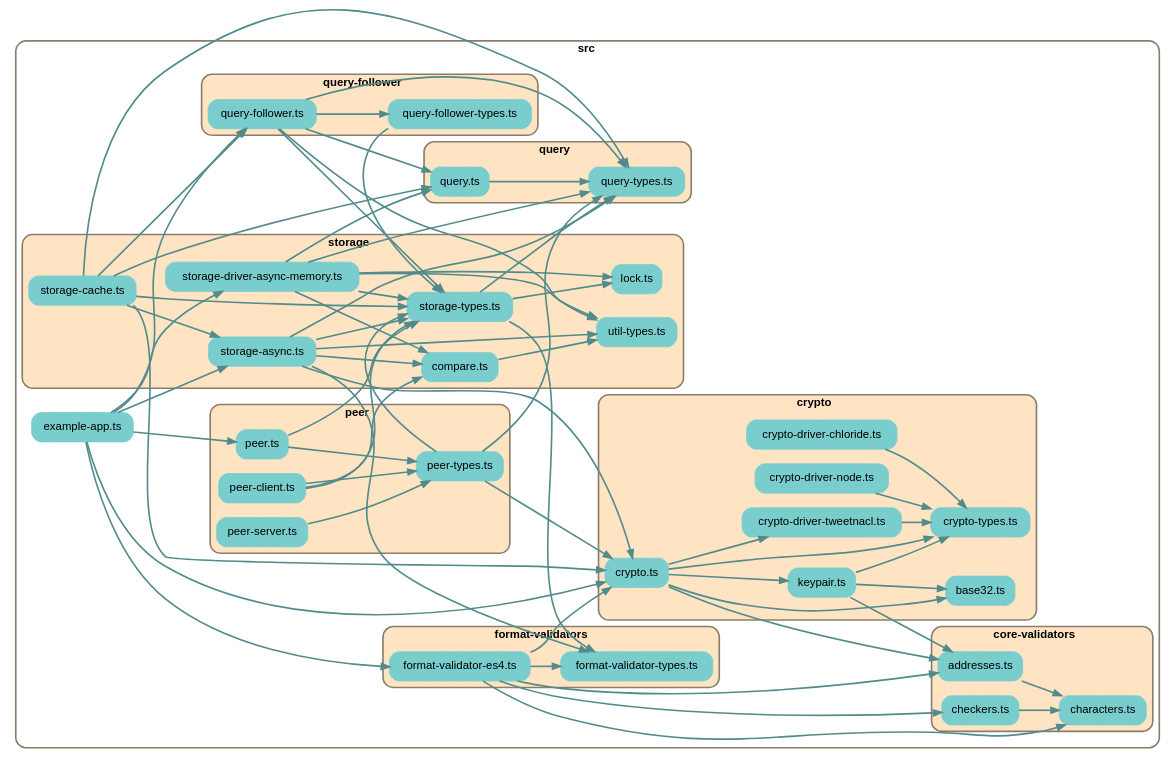
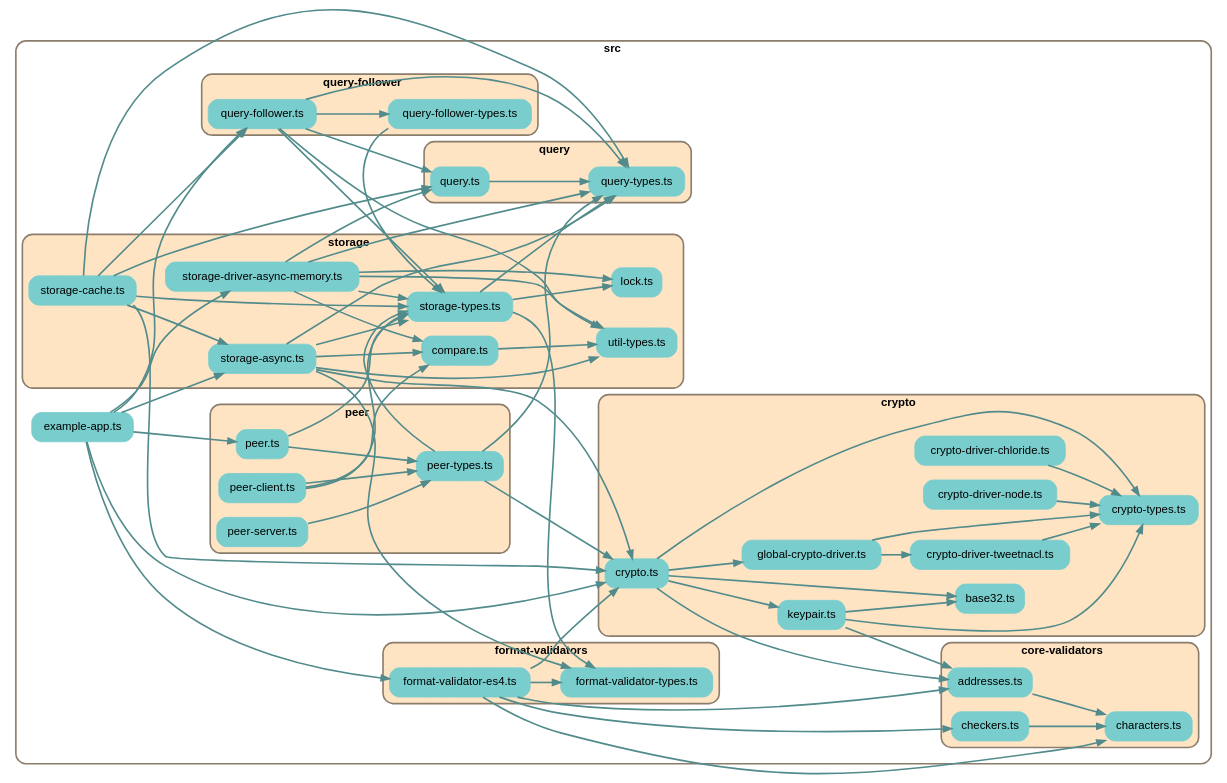
Before and after one commit to earthstar-project/earthstar: the diagram in depchart/depchart-main.dot, drawn with Graphviz. The commit also changed 11 other files, not shown here.

```diff
--- a/depchart/depchart-main.dot
+++ b/depchart/depchart-main.dot
@@ -1,178 +1,181 @@
 
 digraph G {
     //splines=line;
     //splines=polyline;
     splines=true;
     rankdir=LR;
     //newrank=true;
     compound=true;
     graph [fontname = "helvetica"];  // dpi=72
     node [fontname = "helvetica"];
     edge [fontname = "helvetica"];
     
     // files in their folder clusters
 
-    subgraph cluster3298667449 {
+    subgraph cluster7670934790 {
         label=<<b>src</b>>;
         style="rounded";
         color=bisque4;
         penwidth=2;
                     
         "src/example-app.ts" [label="example-app.ts", shape=rectangle; style="rounded,filled"; color=darkslategray3];
 
-        subgraph cluster2074483749 {
+        subgraph cluster2418050577 {
             label=<<b>core-validators</b>>;
             style="rounded,filled";
             fillcolor=bisque;
             color=bisque4;
             penwidth=2;
                     
             "src/core-validators/addresses.ts" [label="addresses.ts", shape=rectangle; style="rounded,filled"; color=darkslategray3];
             "src/core-validators/characters.ts" [label="characters.ts", shape=rectangle; style="rounded,filled"; color=darkslategray3];
             "src/core-validators/checkers.ts" [label="checkers.ts", shape=rectangle; style="rounded,filled"; color=darkslategray3];
         }
 
-        subgraph cluster7534018315 {
+        subgraph cluster2574691438 {
             label=<<b>crypto</b>>;
             style="rounded,filled";
             fillcolor=bisque;
             color=bisque4;
             penwidth=2;
                     
             "src/crypto/base32.ts" [label="base32.ts", shape=rectangle; style="rounded,filled"; color=darkslategray3];
             "src/crypto/crypto-driver-chloride.ts" [label="crypto-driver-chloride.ts", shape=rectangle; style="rounded,filled"; color=darkslategray3];
             "src/crypto/crypto-driver-node.ts" [label="crypto-driver-node.ts", shape=rectangle; style="rounded,filled"; color=darkslategray3];
             "src/crypto/crypto-driver-tweetnacl.ts" [label="crypto-driver-tweetnacl.ts", shape=rectangle; style="rounded,filled"; color=darkslategray3];
             "src/crypto/crypto-types.ts" [label="crypto-types.ts", shape=rectangle; style="rounded,filled"; color=darkslategray3];
             "src/crypto/crypto.ts" [label="crypto.ts", shape=rectangle; style="rounded,filled"; color=darkslategray3];
+            "src/crypto/global-crypto-driver.ts" [label="global-crypto-driver.ts", shape=rectangle; style="rounded,filled"; color=darkslategray3];
             "src/crypto/keypair.ts" [label="keypair.ts", shape=rectangle; style="rounded,filled"; color=darkslategray3];
         }
 
-        subgraph cluster9431046268 {
+        subgraph cluster3121123555 {
             label=<<b>format-validators</b>>;
             style="rounded,filled";
             fillcolor=bisque;
             color=bisque4;
             penwidth=2;
                     
             "src/format-validators/format-validator-es4.ts" [label="format-validator-es4.ts", shape=rectangle; style="rounded,filled"; color=darkslategray3];
             "src/format-validators/format-validator-types.ts" [label="format-validator-types.ts", shape=rectangle; style="rounded,filled"; color=darkslategray3];
         }
 
-        subgraph cluster1951982976 {
+        subgraph cluster7879346346 {
             label=<<b>peer</b>>;
             style="rounded,filled";
             fillcolor=bisque;
             color=bisque4;
             penwidth=2;
                     
             "src/peer/peer-client.ts" [label="peer-client.ts", shape=rectangle; style="rounded,filled"; color=darkslategray3];
             "src/peer/peer-server.ts" [label="peer-server.ts", shape=rectangle; style="rounded,filled"; color=darkslategray3];
             "src/peer/peer-types.ts" [label="peer-types.ts", shape=rectangle; style="rounded,filled"; color=darkslategray3];
             "src/peer/peer.ts" [label="peer.ts", shape=rectangle; style="rounded,filled"; color=darkslategray3];
         }
 
-        subgraph cluster4129539323 {
+        subgraph cluster3885605209 {
             label=<<b>query-follower</b>>;
             style="rounded,filled";
             fillcolor=bisque;
             color=bisque4;
             penwidth=2;
                     
             "src/query-follower/query-follower-types.ts" [label="query-follower-types.ts", shape=rectangle; style="rounded,filled"; color=darkslategray3];
             "src/query-follower/query-follower.ts" [label="query-follower.ts", shape=rectangle; style="rounded,filled"; color=darkslategray3];
         }
 
-        subgraph cluster7933092802 {
+        subgraph cluster77459417 {
             label=<<b>query</b>>;
             style="rounded,filled";
             fillcolor=bisque;
             color=bisque4;
             penwidth=2;
                     
             "src/query/query-types.ts" [label="query-types.ts", shape=rectangle; style="rounded,filled"; color=darkslategray3];
             "src/query/query.ts" [label="query.ts", shape=rectangle; style="rounded,filled"; color=darkslategray3];
         }
 
-        subgraph cluster2582477185 {
+        subgraph cluster6623353710 {
             label=<<b>storage</b>>;
             style="rounded,filled";
             fillcolor=bisque;
             color=bisque4;
             penwidth=2;
                     
             "src/storage/compare.ts" [label="compare.ts", shape=rectangle; style="rounded,filled"; color=darkslategray3];
             "src/storage/lock.ts" [label="lock.ts", shape=rectangle; style="rounded,filled"; color=darkslategray3];
             "src/storage/storage-async.ts" [label="storage-async.ts", shape=rectangle; style="rounded,filled"; color=darkslategray3];
             "src/storage/storage-cache.ts" [label="storage-cache.ts", shape=rectangle; style="rounded,filled"; color=darkslategray3];
             "src/storage/storage-driver-async-memory.ts" [label="storage-driver-async-memory.ts", shape=rectangle; style="rounded,filled"; color=darkslategray3];
             "src/storage/storage-types.ts" [label="storage-types.ts", shape=rectangle; style="rounded,filled"; color=darkslategray3];
             "src/storage/util-types.ts" [label="util-types.ts", shape=rectangle; style="rounded,filled"; color=darkslategray3];
         }
     }
 
     // edges between files
     "src/core-validators/addresses.ts" -> "src/core-validators/characters.ts" [penwidth=2; color=darkslategray4];
     "src/core-validators/checkers.ts" -> "src/core-validators/characters.ts" [penwidth=2; color=darkslategray4];
     "src/crypto/crypto-driver-chloride.ts" -> "src/crypto/crypto-types.ts" [penwidth=2; color=darkslategray4];
     "src/crypto/crypto-driver-node.ts" -> "src/crypto/crypto-types.ts" [penwidth=2; color=darkslategray4];
     "src/crypto/crypto-driver-tweetnacl.ts" -> "src/crypto/crypto-types.ts" [penwidth=2; color=darkslategray4];
     "src/crypto/crypto.ts" -> "src/crypto/crypto-types.ts" [penwidth=2; color=darkslategray4];
     "src/crypto/crypto.ts" -> "src/crypto/base32.ts" [penwidth=2; color=darkslategray4];
     "src/crypto/crypto.ts" -> "src/crypto/keypair.ts" [penwidth=2; color=darkslategray4];
     "src/crypto/crypto.ts" -> "src/core-validators/addresses.ts" [penwidth=2; color=darkslategray4];
-    "src/crypto/crypto.ts" -> "src/crypto/crypto-driver-tweetnacl.ts" [penwidth=2; color=darkslategray4];
+    "src/crypto/crypto.ts" -> "src/crypto/global-crypto-driver.ts" [penwidth=2; color=darkslategray4];
+    "src/crypto/global-crypto-driver.ts" -> "src/crypto/crypto-driver-tweetnacl.ts" [penwidth=2; color=darkslategray4];
+    "src/crypto/global-crypto-driver.ts" -> "src/crypto/crypto-types.ts" [penwidth=2; color=darkslategray4];
     "src/crypto/keypair.ts" -> "src/crypto/base32.ts" [penwidth=2; color=darkslategray4];
     "src/crypto/keypair.ts" -> "src/crypto/crypto-types.ts" [penwidth=2; color=darkslategray4];
     "src/crypto/keypair.ts" -> "src/core-validators/addresses.ts" [penwidth=2; color=darkslategray4];
     "src/example-app.ts" -> "src/format-validators/format-validator-es4.ts" [penwidth=2; color=darkslategray4];
     "src/example-app.ts" -> "src/storage/storage-driver-async-memory.ts" [penwidth=2; color=darkslategray4];
     "src/example-app.ts" -> "src/storage/storage-async.ts" [penwidth=2; color=darkslategray4];
     "src/example-app.ts" -> "src/crypto/crypto.ts" [penwidth=2; color=darkslategray4];
     "src/example-app.ts" -> "src/query-follower/query-follower.ts" [penwidth=2; color=darkslategray4];
     "src/example-app.ts" -> "src/peer/peer.ts" [penwidth=2; color=darkslategray4];
     "src/format-validators/format-validator-es4.ts" -> "src/format-validators/format-validator-types.ts" [penwidth=2; color=darkslategray4];
     "src/format-validators/format-validator-es4.ts" -> "src/crypto/crypto.ts" [penwidth=2; color=darkslategray4];
     "src/format-validators/format-validator-es4.ts" -> "src/core-validators/characters.ts" [penwidth=2; color=darkslategray4];
     "src/format-validators/format-validator-es4.ts" -> "src/core-validators/checkers.ts" [penwidth=2; color=darkslategray4];
     "src/format-validators/format-validator-es4.ts" -> "src/core-validators/addresses.ts" [penwidth=2; color=darkslategray4];
     "src/peer/peer-client.ts" -> "src/storage/storage-types.ts" [penwidth=2; color=darkslategray4];
     "src/peer/peer-client.ts" -> "src/peer/peer-types.ts" [penwidth=2; color=darkslategray4];
     "src/peer/peer-client.ts" -> "src/storage/compare.ts" [penwidth=2; color=darkslategray4];
     "src/peer/peer-server.ts" -> "src/peer/peer-types.ts" [penwidth=2; color=darkslategray4];
     "src/peer/peer-types.ts" -> "src/storage/storage-types.ts" [penwidth=2; color=darkslategray4];
     "src/peer/peer-types.ts" -> "src/query/query-types.ts" [penwidth=2; color=darkslategray4];
     "src/peer/peer-types.ts" -> "src/crypto/crypto.ts" [penwidth=2; color=darkslategray4];
     "src/peer/peer.ts" -> "src/storage/storage-types.ts" [penwidth=2; color=darkslategray4];
     "src/peer/peer.ts" -> "src/peer/peer-types.ts" [penwidth=2; color=darkslategray4];
     "src/query-follower/query-follower-types.ts" -> "src/storage/storage-types.ts" [penwidth=2; color=darkslategray4];
     "src/query-follower/query-follower.ts" -> "src/storage/util-types.ts" [penwidth=2; color=darkslategray4];
     "src/query-follower/query-follower.ts" -> "src/query/query-types.ts" [penwidth=2; color=darkslategray4];
     "src/query-follower/query-follower.ts" -> "src/storage/storage-types.ts" [penwidth=2; color=darkslategray4];
     "src/query-follower/query-follower.ts" -> "src/query/query.ts" [penwidth=2; color=darkslategray4];
     "src/query-follower/query-follower.ts" -> "src/query-follower/query-follower-types.ts" [penwidth=2; color=darkslategray4];
     "src/query/query.ts" -> "src/query/query-types.ts" [penwidth=2; color=darkslategray4];
     "src/storage/compare.ts" -> "src/storage/util-types.ts" [penwidth=2; color=darkslategray4];
     "src/storage/storage-async.ts" -> "src/storage/util-types.ts" [penwidth=2; color=darkslategray4];
     "src/storage/storage-async.ts" -> "src/query/query-types.ts" [penwidth=2; color=darkslategray4];
     "src/storage/storage-async.ts" -> "src/storage/storage-types.ts" [penwidth=2; color=darkslategray4];
     "src/storage/storage-async.ts" -> "src/format-validators/format-validator-types.ts" [penwidth=2; color=darkslategray4];
     "src/storage/storage-async.ts" -> "src/storage/compare.ts" [penwidth=2; color=darkslategray4];
     "src/storage/storage-async.ts" -> "src/crypto/crypto.ts" [penwidth=2; color=darkslategray4];
     "src/storage/storage-cache.ts" -> "src/query/query.ts" [penwidth=2; color=darkslategray4];
     "src/storage/storage-cache.ts" -> "src/query-follower/query-follower.ts" [penwidth=2; color=darkslategray4];
     "src/storage/storage-cache.ts" -> "src/query/query-types.ts" [penwidth=2; color=darkslategray4];
     "src/storage/storage-cache.ts" -> "src/storage/storage-async.ts" [penwidth=2; color=darkslategray4];
     "src/storage/storage-cache.ts" -> "src/storage/storage-types.ts" [penwidth=2; color=darkslategray4];
     "src/storage/storage-cache.ts" -> "src/crypto/crypto.ts" [penwidth=2; color=darkslategray4];
     "src/storage/storage-driver-async-memory.ts" -> "src/storage/util-types.ts" [penwidth=2; color=darkslategray4];
     "src/storage/storage-driver-async-memory.ts" -> "src/query/query-types.ts" [penwidth=2; color=darkslategray4];
     "src/storage/storage-driver-async-memory.ts" -> "src/storage/storage-types.ts" [penwidth=2; color=darkslategray4];
     "src/storage/storage-driver-async-memory.ts" -> "src/storage/compare.ts" [penwidth=2; color=darkslategray4];
     "src/storage/storage-driver-async-memory.ts" -> "src/query/query.ts" [penwidth=2; color=darkslategray4];
     "src/storage/storage-driver-async-memory.ts" -> "src/storage/lock.ts" [penwidth=2; color=darkslategray4];
     "src/storage/storage-types.ts" -> "src/query/query-types.ts" [penwidth=2; color=darkslategray4];
     "src/storage/storage-types.ts" -> "src/format-validators/format-validator-types.ts" [penwidth=2; color=darkslategray4];
     "src/storage/storage-types.ts" -> "src/storage/lock.ts" [penwidth=2; color=darkslategray4];
 
 }
```
